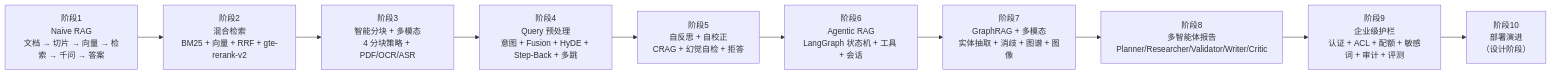
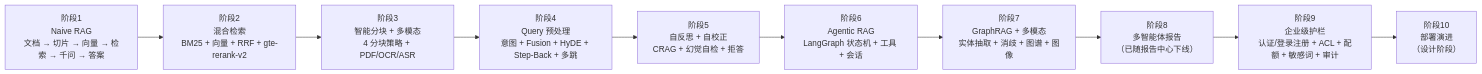
One commit to lzptouch/Kquery changed the first of 10 diagrams in doc/analysis/阶段架构.md. Above: the diagram before and after it, drawn with Mermaid. The commit also changed other lines of this file and 418 other files, not shown here.

````diff
--- a/doc/analysis/阶段架构.md
+++ b/doc/analysis/阶段架构.md
@@ -28,15 +28,15 @@
 ```mermaid
 flowchart LR
     S1["阶段1<br/>Naive RAG<br/>文档 → 切片 → 向量 → 检索 → 千问 → 答案"]
     S2["阶段2<br/>混合检索<br/>BM25 + 向量 + RRF + gte-rerank-v2"]
     S3["阶段3<br/>智能分块 + 多模态<br/>4 分块策略 + PDF/OCR/ASR"]
     S4["阶段4<br/>Query 预处理<br/>意图 + Fusion + HyDE + Step-Back + 多跳"]
     S5["阶段5<br/>自反思 + 自校正<br/>CRAG + 幻觉自检 + 拒答"]
     S6["阶段6<br/>Agentic RAG<br/>LangGraph 状态机 + 工具 + 会话"]
     S7["阶段7<br/>GraphRAG + 多模态<br/>实体抽取 + 消歧 + 图谱 + 图像"]
-    S8["阶段8<br/>多智能体报告<br/>Planner/Researcher/Validator/Writer/Critic"]
-    S9["阶段9<br/>企业级护栏<br/>认证 + ACL + 配额 + 敏感词 + 审计 + 评测"]
+    S8["阶段8<br/>多智能体报告<br/>（已随报告中心下线）"]
+    S9["阶段9<br/>企业级护栏<br/>认证/登录注册 + ACL + 配额 + 敏感词 + 审计"]
     S10["阶段10<br/>部署演进<br/>（设计阶段）"]
     
     S1 --> S2 --> S3 --> S4 --> S5 --> S6 --> S7 --> S8 --> S9 --> S10
 ```
````
